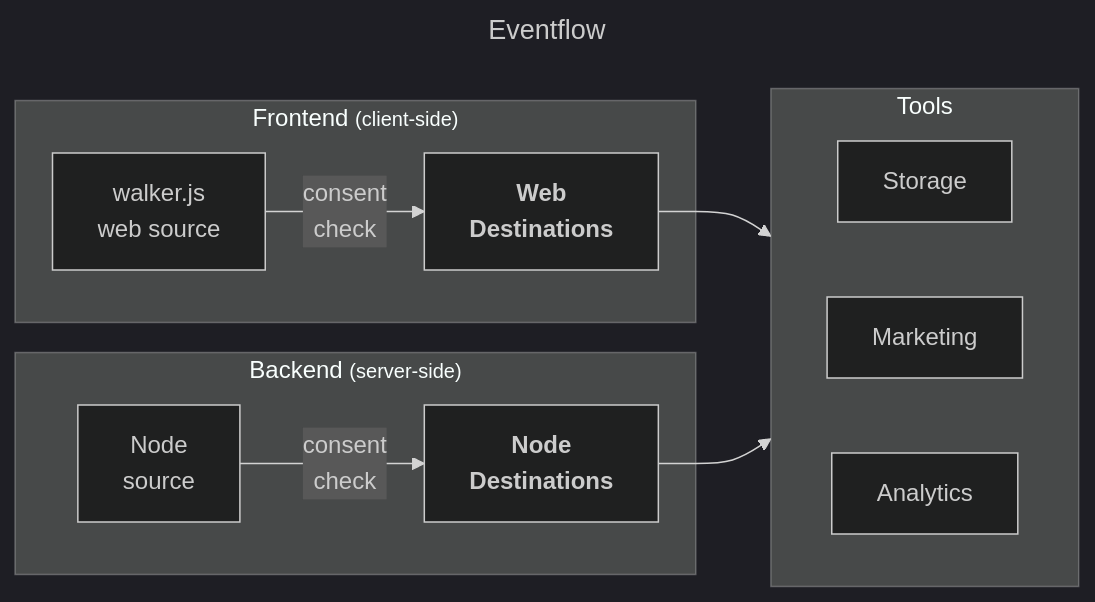
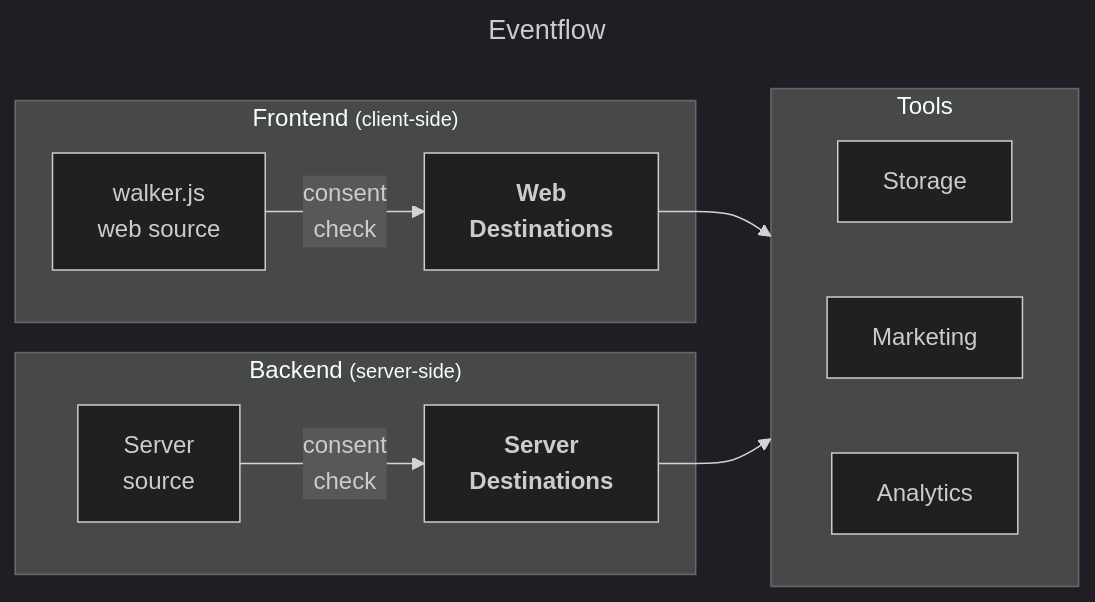
One commit to elbwalker/walkerOS changed the diagram in website/docs/destinations/index.mdx. Above: the diagram before and after it, drawn with Mermaid (dark theme). The commit also changed other lines of this file and 137 other files, not shown here.

Commit message:
node to server

````diff
--- a/website/docs/destinations/index.mdx
+++ b/website/docs/destinations/index.mdx
@@ -34,28 +33,28 @@
 ```mermaid
 ---
 title: Eventflow
 ---
 flowchart LR
   subgraph frontend["Frontend <small>(client-side)</small>"]
     webC["walker.js<br>web source"]
     webD["<b>Web<br>Destinations</b>"]
     webC -- consent<br>check --> webD
   end
   subgraph backend["Backend <small>(server-side)</small>"]
-    nodeC["Node<br>source"]
-    nodeD["<b>Node<br>Destinations</b>"]
-    nodeC -- consent<br>check --> nodeD
+    serverC["Server<br>source"]
+    serverD["<b>Server<br>Destinations</b>"]
+    serverC -- consent<br>check --> serverD
   end
   subgraph tools["Tools"]
     direction LR
     storage["Storage"]
     marketing["Marketing"]
     analytics["Analytics"]
   end
 
-  webD & nodeD --> tools
+  webD & serverD --> tools
   click webC "/docs/collectors/web-collector/"
-  click nodeC "/docs/collectors/node-collector/"
+  click serverC "/docs/collectors/server-collector/"
   click webD "/docs/destinations/web/api/"
-  click nodeD "/docs/destinations/node/gcp/"
+  click serverD "/docs/destinations/server/gcp/"
 ```
````
